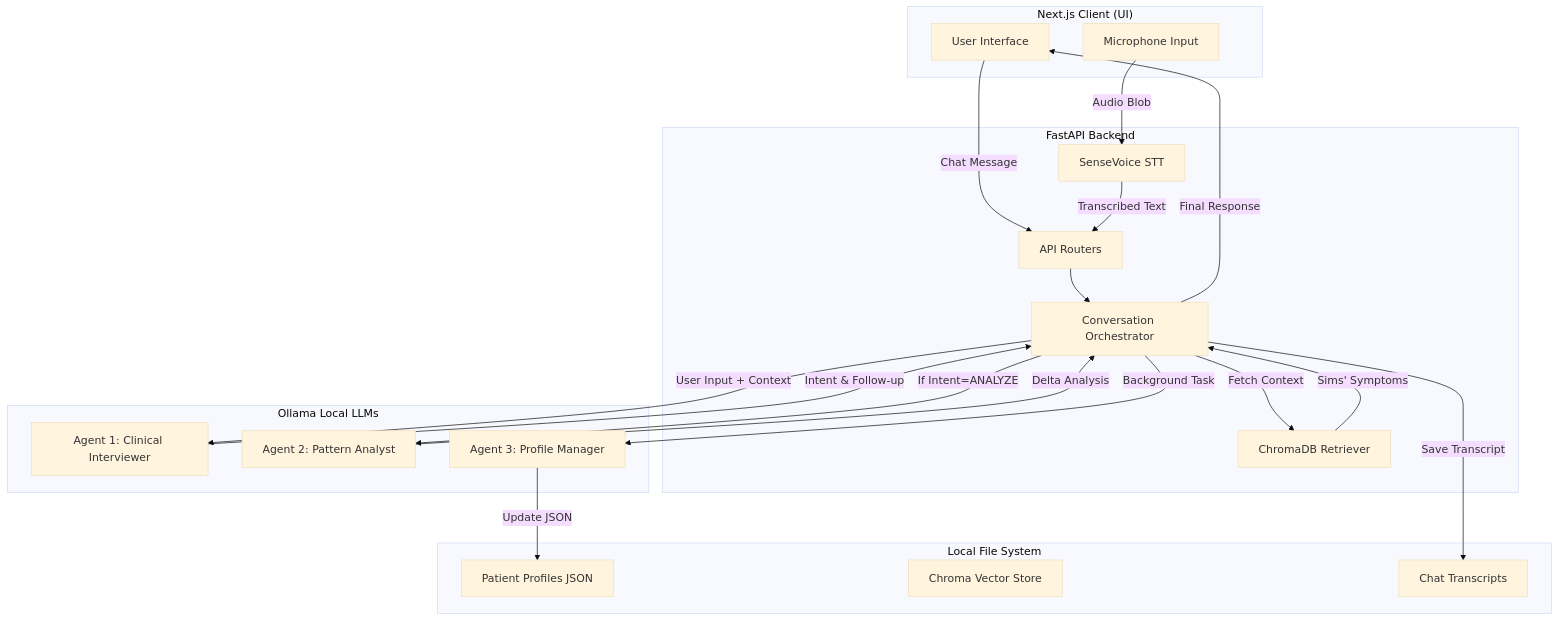
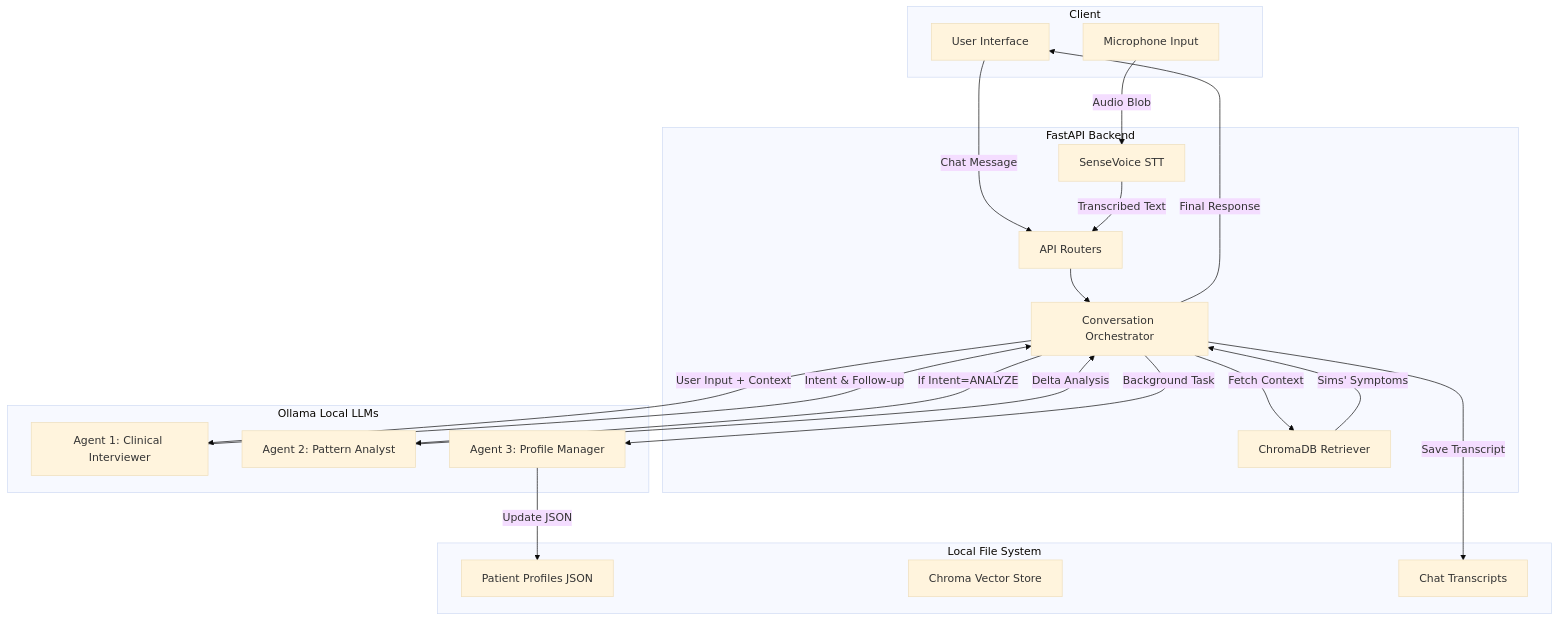
One commit to Amogh1221/Serinity changed the diagram in ARCHITECTURE.md. Above: the diagram before and after it, drawn with Mermaid (base theme).

Commit message:
Simplify Client label in diagram

````diff
--- a/ARCHITECTURE.md
+++ b/ARCHITECTURE.md
@@ -7,52 +7,52 @@
 ```mermaid
 graph TD
     %% Frontend Components
-    subgraph Frontend ["Next.js Client (UI)"]
+    subgraph Frontend ["Client"]
         A["User Interface"]
         Mic["Microphone Input"]
     end
 
     %% Backend API Layer
     subgraph Backend ["FastAPI Backend"]
         Router["API Routers"]
         AudioProc["SenseVoice STT"]
         CO["Conversation Orchestrator"]
         RAG["ChromaDB Retriever"]
     end
 
     %% Multi-Agent LLM Layer
     subgraph MultiAgent ["Ollama Local LLMs"]
         LLM1["Agent 1: Clinical Interviewer"]
         LLM2["Agent 2: Pattern Analyst"]
         LLM3["Agent 3: Profile Manager"]
     end
 
     %% Storage Layer
     subgraph Storage ["Local File System"]
         PD["Patient Profiles JSON"]
         VD["Chroma Vector Store"]
         History["Chat Transcripts"]
     end
 
     %% Data Flow
     A -->|Chat Message| Router
     Mic -->|Audio Blob| AudioProc
     AudioProc -->|Transcribed Text| Router
     
     Router --> CO
     
     CO -->|Fetch Context| RAG
     RAG -->|Sims' Symptoms| CO
     
     CO -->|User Input + Context| LLM1
     LLM1 -->|Intent & Follow-up| CO
     
     CO -->|If Intent=ANALYZE| LLM2
     LLM2 -->|Delta Analysis| CO
     
     CO -->|Background Task| LLM3
     LLM3 -->|Update JSON| PD
     
     CO -->|Final Response| A
     CO -->|Save Transcript| History
 ```
````
